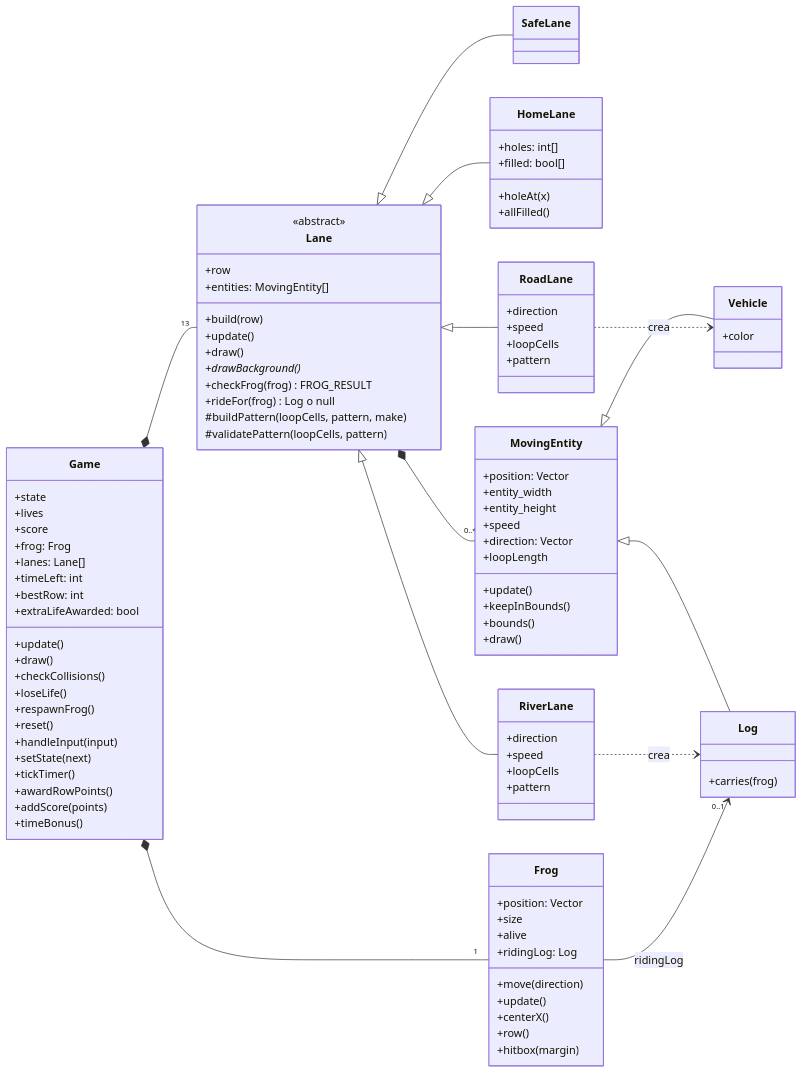
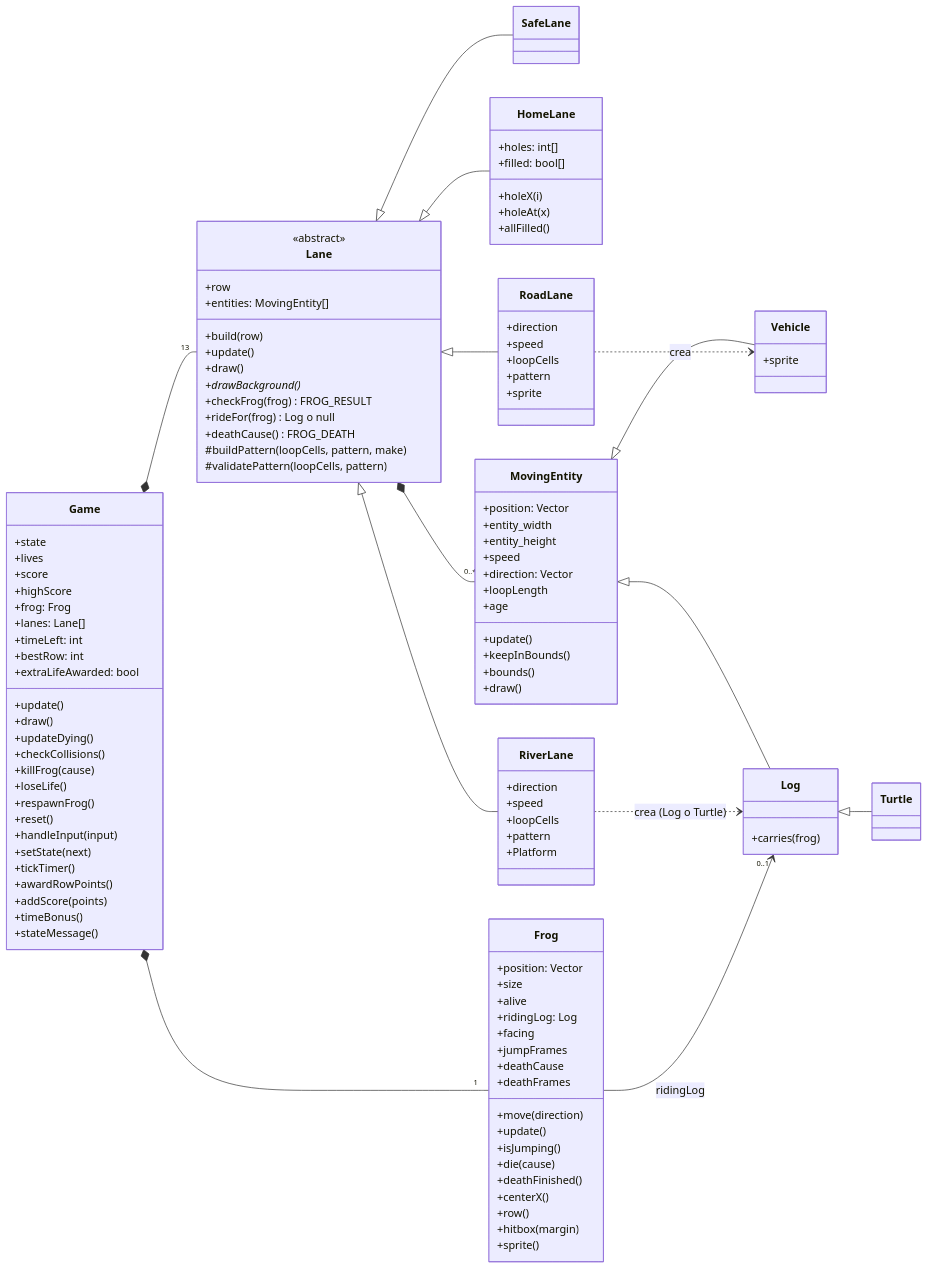
Before and after one commit to ShryhakAkizuki/Frogger-Visual_Computing_2026-II: the first of 3 diagrams in docs/ARQUITECTURA.md, drawn with Mermaid. The commit also changed other lines of this file and 10 other files, not shown here.

````diff
--- a/docs/ARQUITECTURA.md
+++ b/docs/ARQUITECTURA.md
@@ -133,6 +139,7 @@
         +state
         +lives
         +score
+        +highScore
         +frog: Frog
         +lanes: Lane[]
         +timeLeft: int
@@ -140,7 +147,9 @@
         +extraLifeAwarded: bool
         +update()
         +draw()
+        +updateDying()
         +checkCollisions()
+        +killFrog(cause)
         +loseLife()
         +respawnFrog()
         +reset()
@@ -150,6 +159,7 @@
         +awardRowPoints()
         +addScore(points)
         +timeBonus()
+        +stateMessage()
     }
 
     class Lane {
@@ -162,6 +172,7 @@
         +drawBackground()*
         +checkFrog(frog) FROG_RESULT
         +rideFor(frog) Log o null
+        +deathCause() FROG_DEATH
         #buildPattern(loopCells, pattern, make)
         #validatePattern(loopCells, pattern)
     }
@@ -169,6 +180,7 @@
     class HomeLane {
         +holes: int[]
         +filled: bool[]
+        +holeX(i)
         +holeAt(x)
         +allFilled()
     }
@@ -177,12 +189,14 @@
         +speed
         +loopCells
         +pattern
+        +sprite
     }
     class RiverLane {
         +direction
         +speed
         +loopCells
         +pattern
+        +Platform
     }
 
     class MovingEntity {
@@ -192,28 +206,38 @@
         +speed
         +direction: Vector
         +loopLength
+        +age
         +update()
         +keepInBounds()
         +bounds()
         +draw()
     }
     class Vehicle {
-        +color
+        +sprite
     }
     class Log {
         +carries(frog)
     }
+    class Turtle
 
     class Frog {
         +position: Vector
         +size
         +alive
         +ridingLog: Log
+        +facing
+        +jumpFrames
+        +deathCause
+        +deathFrames
         +move(direction)
         +update()
+        +isJumping()
+        +die(cause)
+        +deathFinished()
         +centerX()
         +row()
         +hitbox(margin)
+        +sprite()
     }
 
     Game *-- "13" Lane
@@ -225,7 +249,8 @@
     Lane *-- "0..*" MovingEntity
     MovingEntity <|-- Vehicle
     MovingEntity <|-- Log
+    Log <|-- Turtle
     RoadLane ..> Vehicle : crea
-    RiverLane ..> Log : crea
+    RiverLane ..> Log : crea (Log o Turtle)
     Frog --> "0..1" Log : ridingLog
 ```
````
